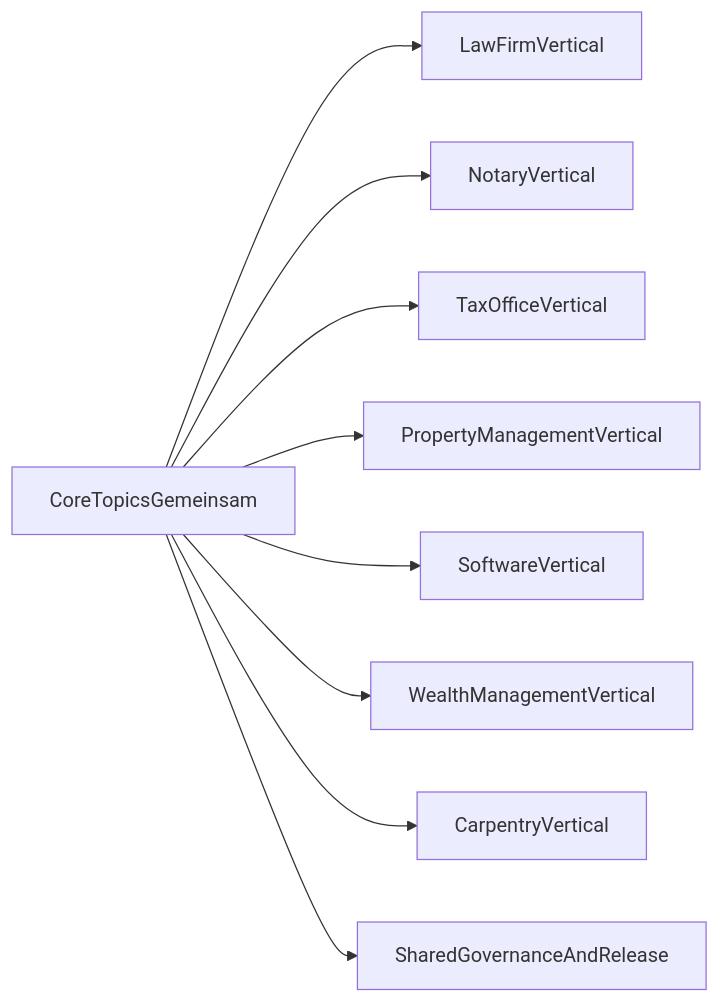
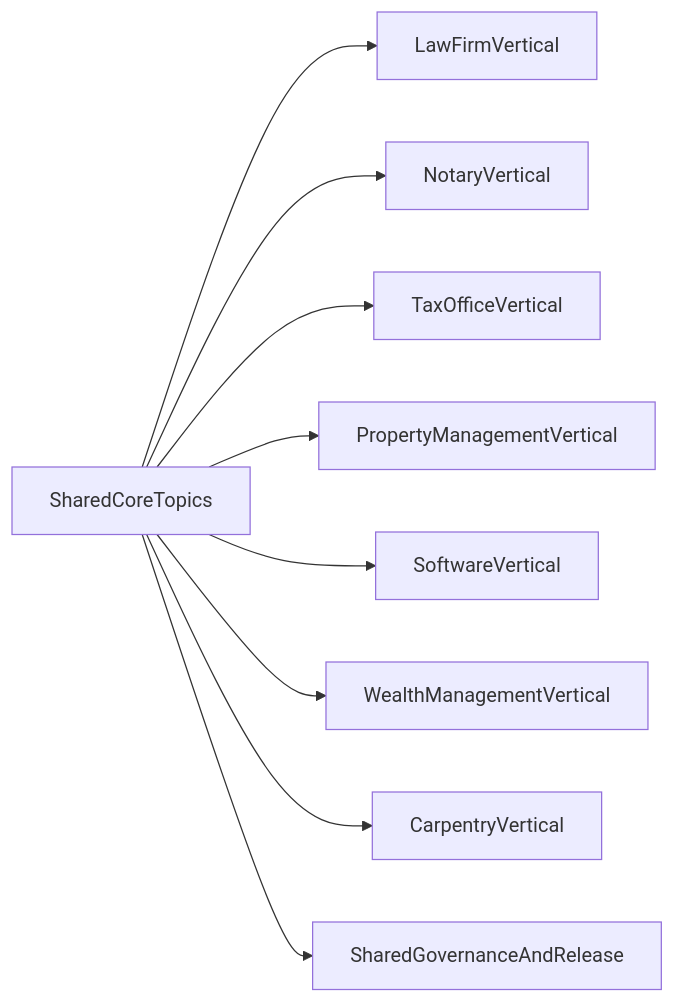
Before and after one commit to notariat8/NaC: the diagram in docs/en/service-model/core-vertical-blueprint.md, drawn with Mermaid. The commit also changed other lines of this file and 67 other files, not shown here.

````diff
--- a/docs/en/service-model/core-vertical-blueprint.md
+++ b/docs/en/service-model/core-vertical-blueprint.md
@@ -64,11 +71,11 @@
 ```mermaid
 flowchart LR
-  coreTopics[CoreTopicsGemeinsam] --> lawFirmVertical[LawFirmVertical]
+  coreTopics[SharedCoreTopics] --> lawFirmVertical[LawFirmVertical]
   coreTopics --> notaryVertical[NotaryVertical]
   coreTopics --> taxOfficeVertical[TaxOfficeVertical]
   coreTopics --> propertyVertical[PropertyManagementVertical]
   coreTopics --> softwareVertical[SoftwareVertical]
   coreTopics --> wealthVertical[WealthManagementVertical]
   coreTopics --> carpentryVertical[CarpentryVertical]
   coreTopics --> governanceLayer[SharedGovernanceAndRelease]
 ```
````
